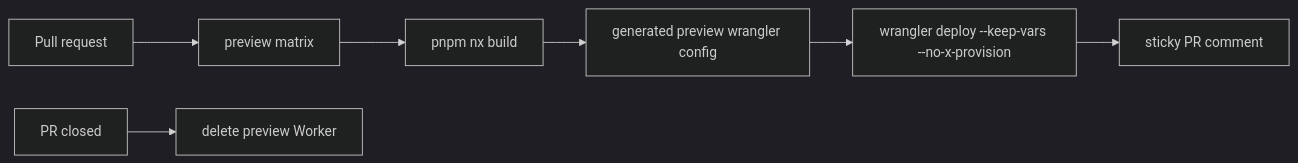
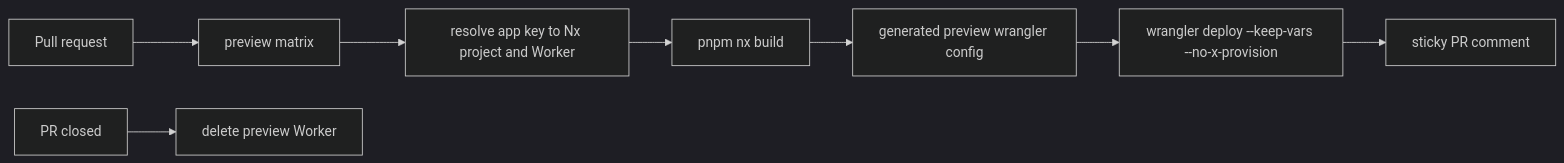
One commit to shpitdev/sketchi changed the diagram in docs/preview-deploys.md. Above: the diagram before and after it, drawn with Mermaid (dark theme). The commit also changed other lines of this file and 23 other files, not shown here.

Commit message:
fix: isolate Worker build outputs (#219)

````diff
--- a/docs/preview-deploys.md
+++ b/docs/preview-deploys.md
@@ -13,9 +25,10 @@
 ```mermaid
 flowchart LR
   PR["Pull request"] --> Matrix["preview matrix"]
-  Matrix --> Build["pnpm nx build <app>"]
+  Matrix --> Resolve["resolve app key to Nx project and Worker"]
+  Resolve --> Build["pnpm nx build <nx-project>"]
   Build --> Config["generated preview wrangler config"]
   Config --> Deploy["wrangler deploy --keep-vars --no-x-provision"]
   Deploy --> Comment["sticky PR comment"]
   Closed["PR closed"] --> Cleanup["delete preview Worker"]
 ```
````
